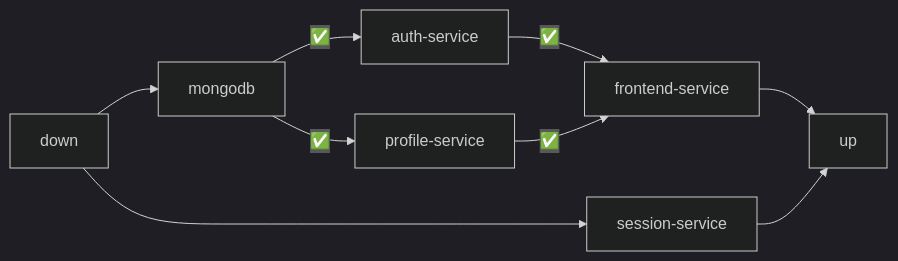
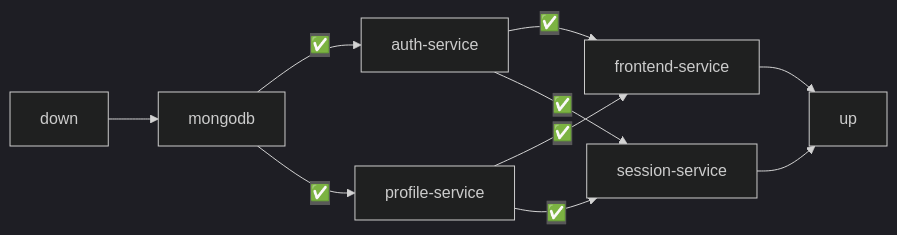
The diagram in docs/report/deployment.mdx (LetsStreamIt/documentation), drawn with Mermaid (dark theme) before and after one commit. The commit also changed other lines of this file and 1 other file, not shown here.

````diff
--- a/docs/report/deployment.mdx
+++ b/docs/report/deployment.mdx
@@ -14,6 +14,8 @@
 ```mermaid
 flowchart LR
     G[down] --> A[mongodb] -- ✅ --> B[auth-service] -- ✅ --> D[frontend-service] --> F[up]
     A -- ✅ --> C[profile-service] -- ✅ --> D
-    G --> E[session-service] --> F
+
+    C -- ✅ --> E[session-service] --> F
+    B -- ✅ --> E
 ```
````
